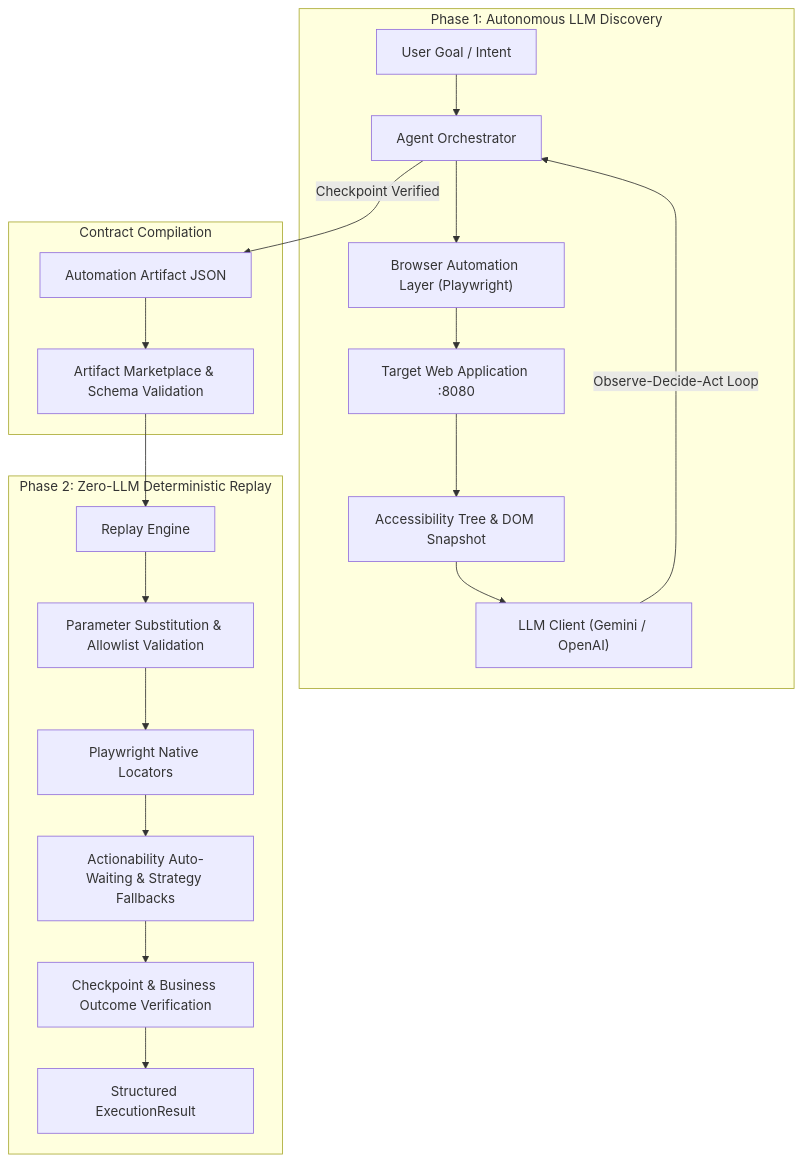
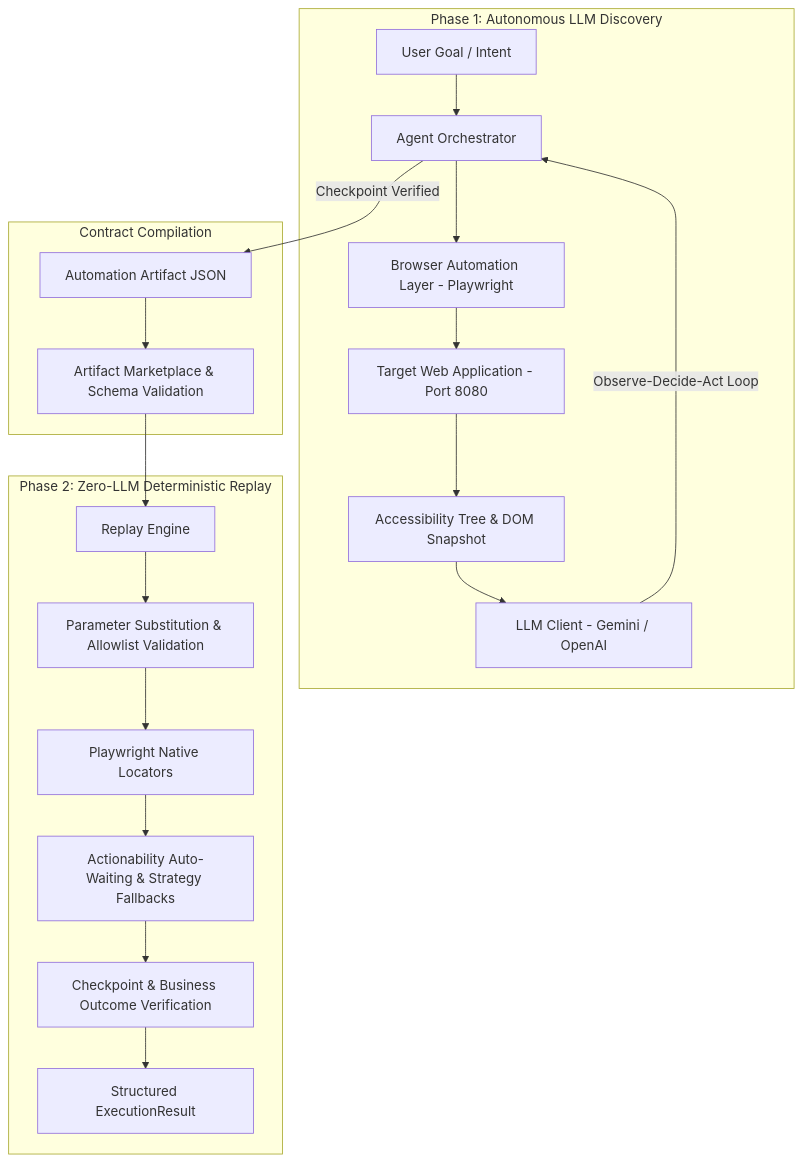
Before and after one commit to AaschitaReddyM/neuro_zero_replay: the diagram in README.md, drawn with Mermaid. The commit also changed 1 other file, not shown here.

Commit message:
docs: simplify mermaid diagram with standard graph TD and clean subgraphs

````diff
--- a/README.md
+++ b/README.md
@@ -26,25 +26,26 @@
 ```mermaid
-flowchart TD
-    subgraph Discovery_Phase ["Phase 1: Autonomous LLM Discovery"]
-        A["User Goal / Intent"] --> B["Agent Orchestrator"]
-        B --> C["Browser Automation Layer (Playwright)"]
-        C --> D["Target Web Application :8080"]
-        D --> E["Accessibility Tree & DOM Snapshot"]
-        E --> F["LLM Client (Gemini / OpenAI)"]
+graph TD
+    subgraph Phase 1: Autonomous LLM Discovery
+        A[User Goal / Intent] --> B[Agent Orchestrator]
+        B --> C[Browser Automation Layer - Playwright]
+        C --> D[Target Web Application - Port 8080]
+        D --> E[Accessibility Tree & DOM Snapshot]
+        E --> F[LLM Client - Gemini / OpenAI]
         F -->|Observe-Decide-Act Loop| B
     end
 
-    subgraph Artifact_Compilation ["Contract Compilation"]
-        B -->|Checkpoint Verified| G["Automation Artifact JSON"]
-        G --> H["Artifact Marketplace & Schema Validation"]
+    subgraph Contract Compilation
+        G[Automation Artifact JSON] --> H[Artifact Marketplace & Schema Validation]
     end
 
-    subgraph Replay_Phase ["Phase 2: Zero-LLM Deterministic Replay"]
-        H --> I["Replay Engine"]
-        I --> J["Parameter Substitution & Allowlist Validation"]
-        J --> K["Playwright Native Locators"]
-        K --> L["Actionability Auto-Waiting & Strategy Fallbacks"]
-        L --> M["Checkpoint & Business Outcome Verification"]
-        M --> N["Structured ExecutionResult"]
+    subgraph Phase 2: Zero-LLM Deterministic Replay
+        I[Replay Engine] --> J[Parameter Substitution & Allowlist Validation]
+        J --> K[Playwright Native Locators]
+        K --> L[Actionability Auto-Waiting & Strategy Fallbacks]
+        L --> M[Checkpoint & Business Outcome Verification]
+        M --> N[Structured ExecutionResult]
     end
+
+    B -->|Checkpoint Verified| G
+    H --> I
 ```
````
